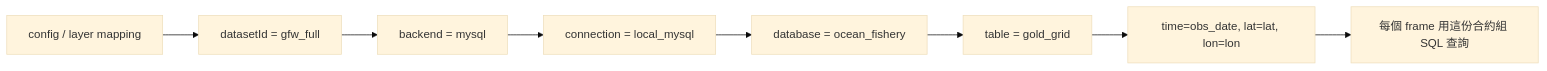
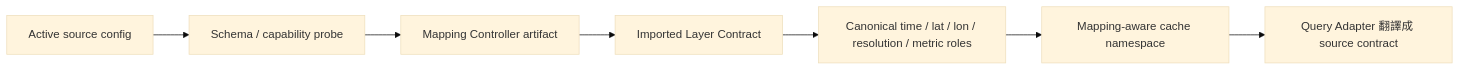
The fifth of 5 diagrams in README.zh-TW.md (Kagamihara-Ruruka/gfw-flask-mysql-adapter), drawn with Mermaid (base theme) before and after one commit. The commit also changed other lines of this file and 187 other files, not shown here.

Commit message:
Checkpoint lifecycle and runtime architecture

````diff
--- a/README.zh-TW.md
+++ b/README.zh-TW.md
@@ -329,10 +343,9 @@
 ```mermaid
 flowchart LR
-  A["config / layer mapping"] --> B["datasetId = gfw_full"]
-  B --> C["backend = mysql"]
-  C --> D["connection = local_mysql"]
-  D --> E["database = ocean_fishery"]
-  E --> F["table = gold_grid"]
-  F --> G["time=obs_date, lat=lat, lon=lon"]
-  G --> H["每個 frame 用這份合約組 SQL 查詢"]
+  A["Active source config"] --> B["Schema / capability probe"]
+  B --> C["Mapping Controller artifact"]
+  C --> D["Imported Layer Contract"]
+  D --> E["Canonical time / lat / lon / resolution / metric roles"]
+  E --> F["Mapping-aware cache namespace"]
+  F --> G["Query Adapter 翻譯成 source contract"]
 ```
````
